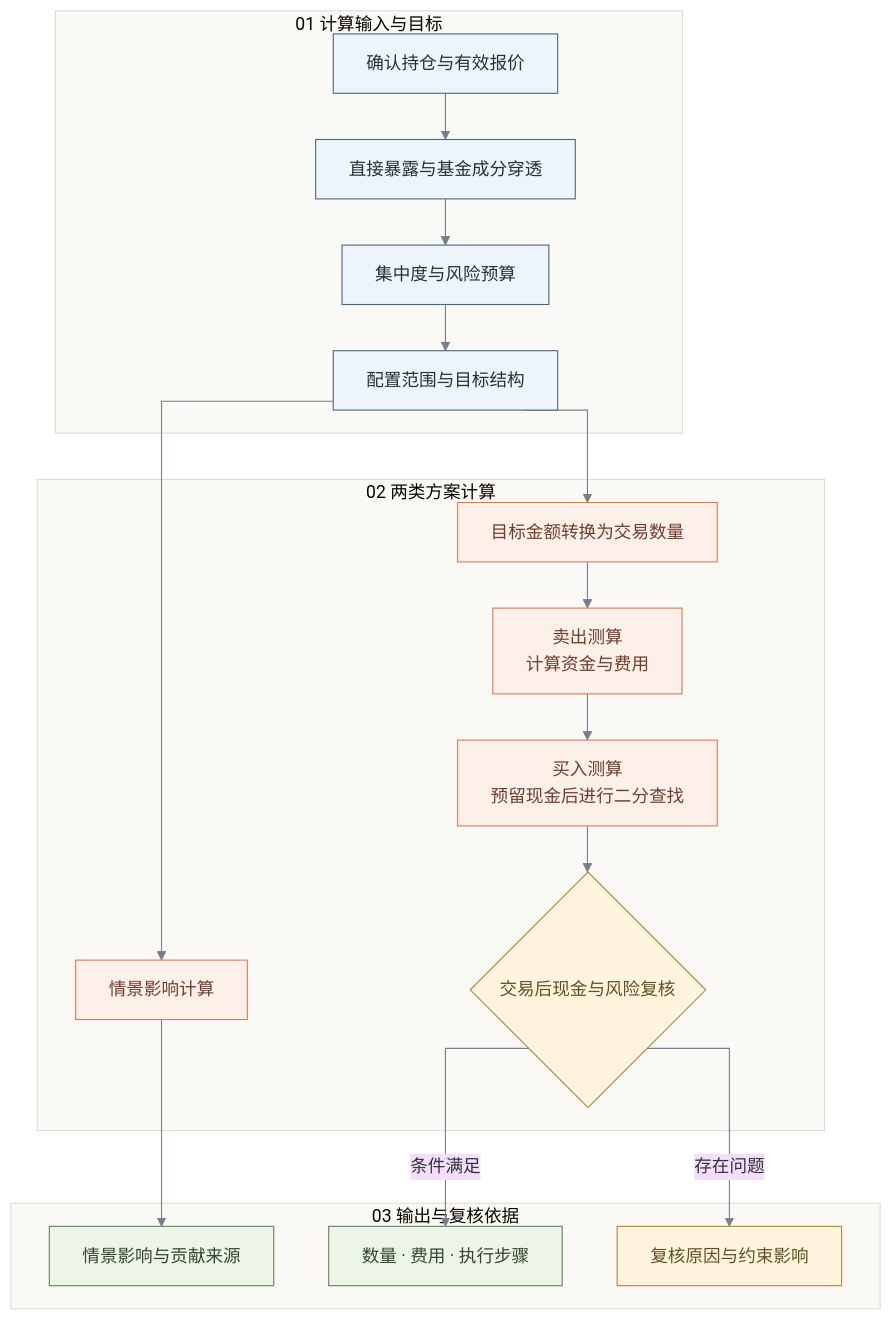
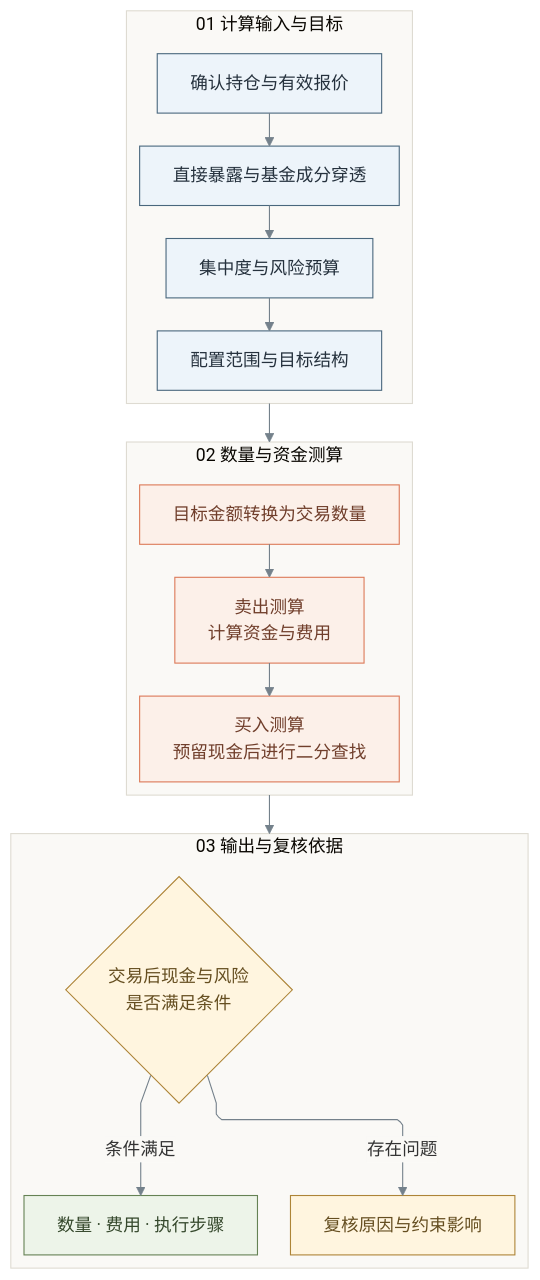
One commit to 1917173927/prism changed the fifth of 8 diagrams in docs/submission/competition-technical-solution.md. Above: the diagram before and after it, drawn with Mermaid. The commit also changed other lines of this file and 9 other files, not shown here.

Commit message:
docs: 优化技术图的竖向布局与连线

````diff
--- a/docs/submission/competition-technical-solution.md
+++ b/docs/submission/competition-technical-solution.md
@@ -401,29 +445,32 @@
 ```mermaid
-%%{init: {"theme":"base","themeVariables":{"fontFamily":"Microsoft YaHei, sans-serif","lineColor":"#74818b","clusterBkg":"#faf9f6","clusterBorder":"#dedbd2"},"flowchart":{"curve":"stepAfter","rankSpacing":42}}}%%
-flowchart TD
+%%{init: {"theme":"base","themeVariables":{"fontFamily":"Microsoft YaHei, sans-serif","lineColor":"#74818b","edgeLabelBackground":"#faf9f6","clusterBkg":"#faf9f6","clusterBorder":"#dedbd2"},"flowchart":{"curve":"linear","nodeSpacing":36,"rankSpacing":48}}}%%
+flowchart-elk TD
     subgraph BASE[01 计算输入与目标]
+    direction TB
     A[确认持仓与有效报价] --> B[直接暴露与基金成分穿透]
     B --> C[集中度与风险预算]
     C --> D[配置范围与目标结构]
     end
-    subgraph COMPUTE[02 两类方案计算]
-    D --> E[情景影响计算]
-    D --> F[目标金额转换为交易数量]
+    subgraph COMPUTE[02 数量与资金测算]
+    direction TB
+    F[目标金额转换为交易数量]
     F --> S[卖出测算<br/>计算资金与费用]
     S --> Q[买入测算<br/>预留现金后进行二分查找]
-    Q --> G{交易后现金与风险复核}
     end
     subgraph OUTPUT[03 输出与复核依据]
-    E --> H[情景影响与贡献来源]
+    direction TB
+    G{交易后现金与风险<br/>是否满足条件}
     G -->|条件满足| P[数量 · 费用 · 执行步骤]
     G -->|存在问题| R[复核原因与约束影响]
     end
+    BASE --> COMPUTE
+    COMPUTE --> OUTPUT
     classDef input fill:#edf4fa,stroke:#49677d,color:#25313d
     classDef compute fill:#fcf0e9,stroke:#dc7958,color:#703e2b
     classDef output fill:#edf4e9,stroke:#658254,color:#34472b
     classDef review fill:#fff5df,stroke:#ad8437,color:#654e20
     class A,B,C,D input
-    class E,F,S,Q compute
-    class H,P output
+    class F,S,Q compute
+    class P output
     class G,R review
 ```
````
